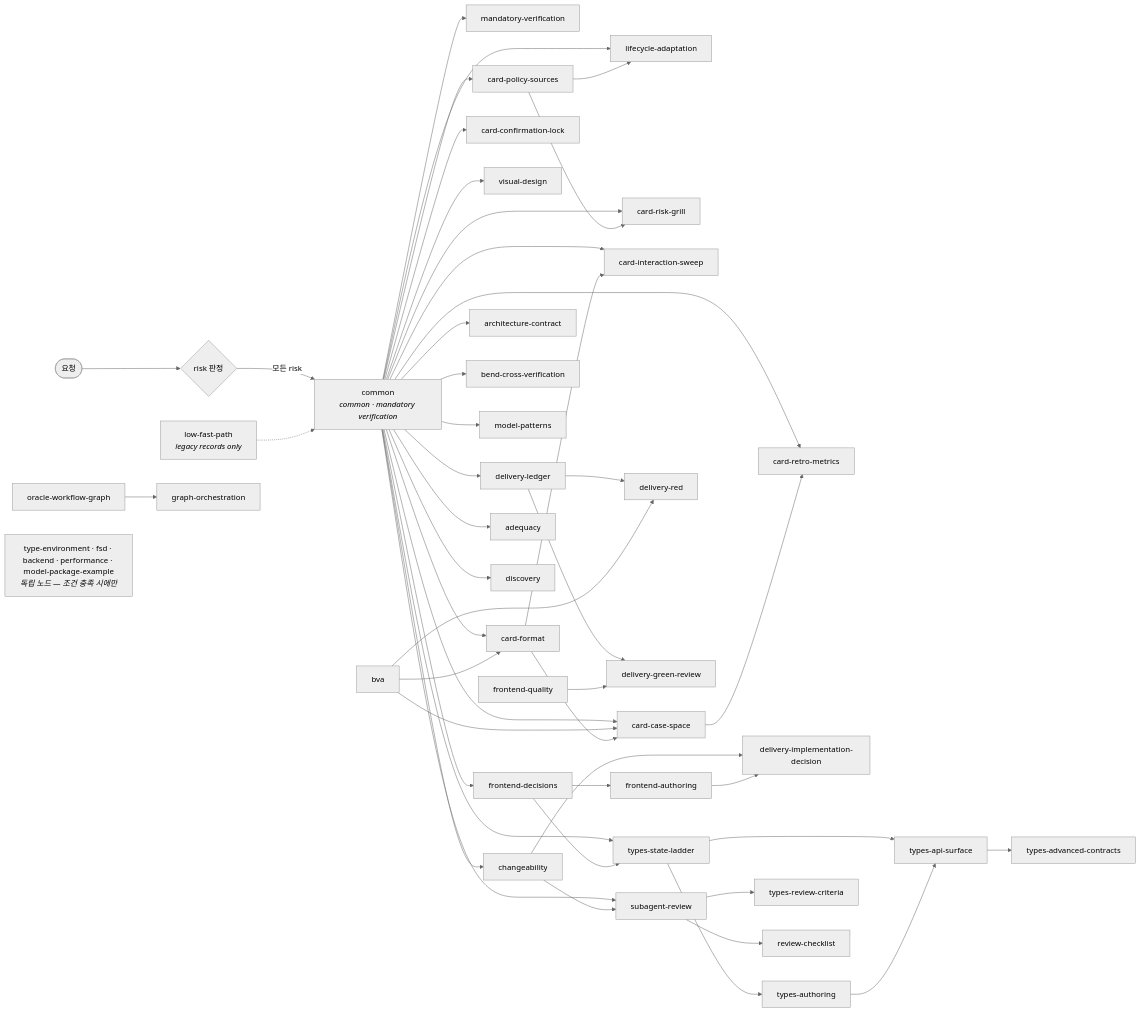
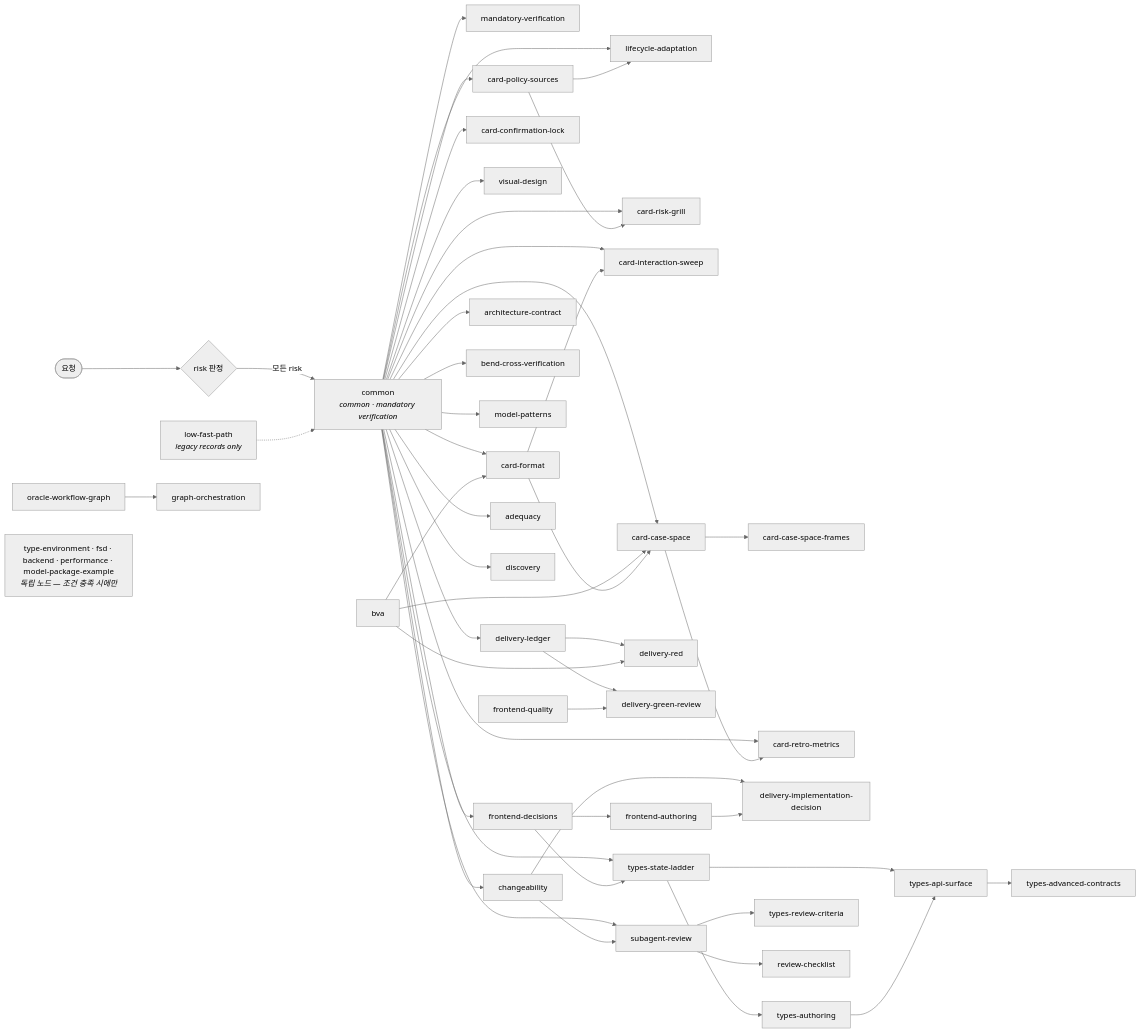
Before and after one commit to lodado/shareds: the second of 2 diagrams in packages/frontend-oracle-design/skills/README.md, drawn with Mermaid (neutral theme). The commit also changed 33 other files, not shown here.

```diff
--- a/packages/frontend-oracle-design/skills/README.md
+++ b/packages/frontend-oracle-design/skills/README.md
@@ -161,6 +161,7 @@
   card_format["card-format"]
   card_interaction_sweep["card-interaction-sweep"]
   card_case_space["card-case-space"]
+  card_case_space_frames["card-case-space-frames"]
   card_retro_metrics["card-retro-metrics"]
   card_confirmation_lock["card-confirmation-lock"]
   visual_design["visual-design"]
@@ -197,6 +198,7 @@
   common --> card_case_space
   bva --> card_case_space
   card_format --> card_case_space
+  card_case_space --> card_case_space_frames
   common --> card_retro_metrics
   card_case_space --> card_retro_metrics
   common --> card_confirmation_lock
```
